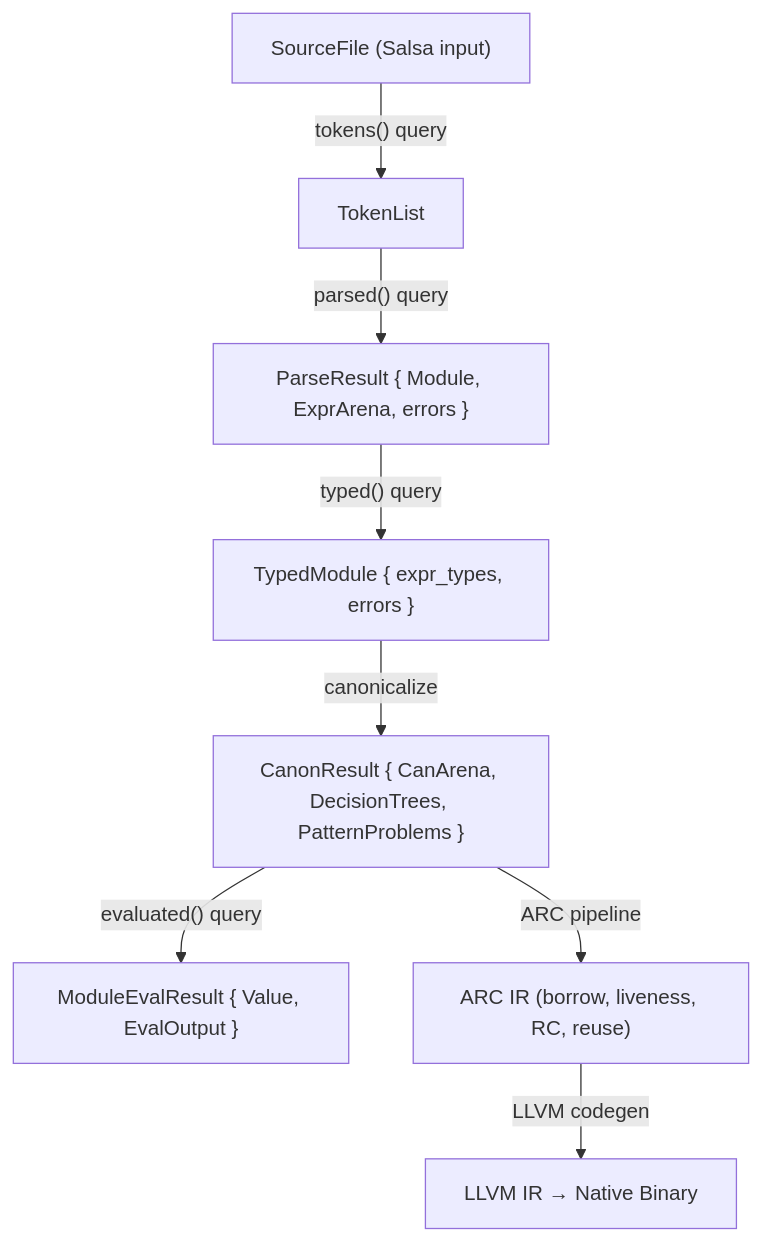
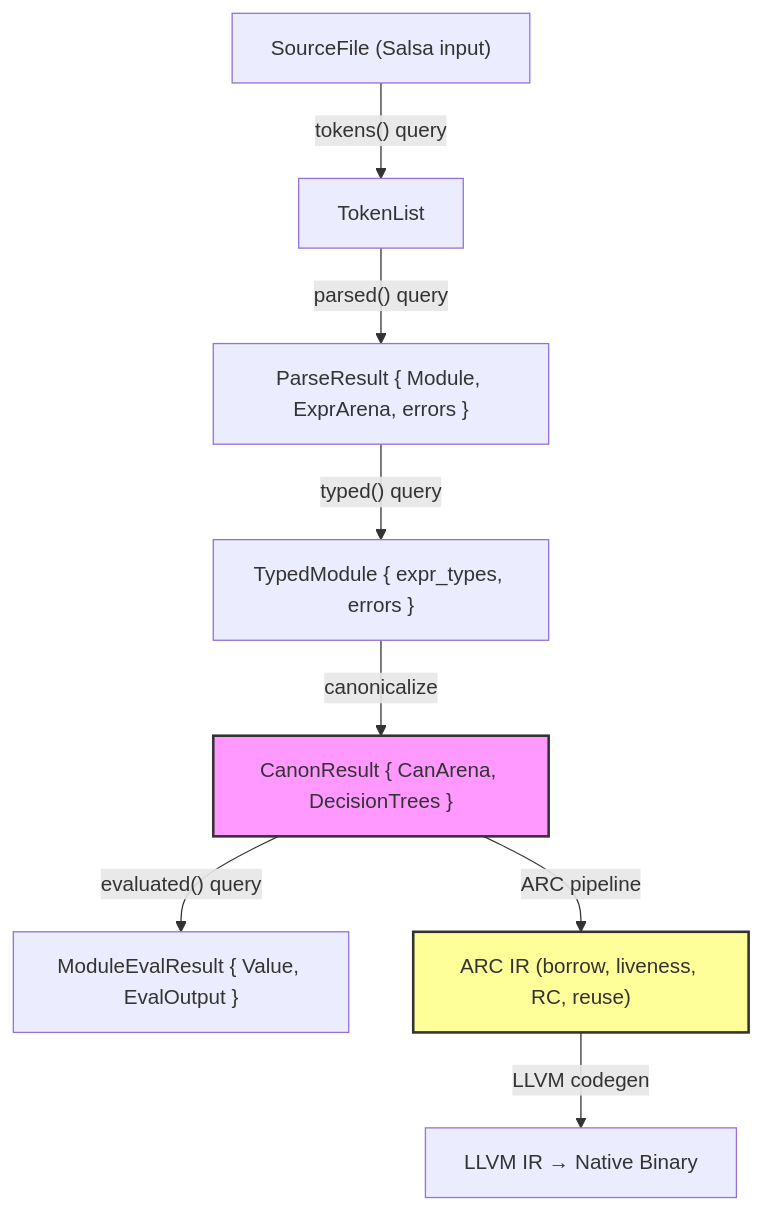
One commit to upstat-io/ori-lang changed the diagram in docs/compiler/design/index.md. Above: the diagram before and after it, drawn with Mermaid. The commit also changed other lines of this file and 88 other files, not shown here.

````diff
--- a/docs/compiler/design/index.md
+++ b/docs/compiler/design/index.md
@@ -100,10 +105,13 @@
 ```mermaid
 flowchart TB
     A["SourceFile (Salsa input)"] -->|"tokens() query"| B["TokenList"]
     B -->|"parsed() query"| C["ParseResult { Module, ExprArena, errors }"]
     C -->|"typed() query"| D["TypedModule { expr_types, errors }"]
-    D -->|"canonicalize"| E2["CanonResult { CanArena, DecisionTrees, PatternProblems }"]
-    E2 -->|"evaluated() query"| E["ModuleEvalResult { Value, EvalOutput }"]
-    E2 -->|"ARC pipeline"| F1["ARC IR (borrow, liveness, RC, reuse)"]
-    F1 -->|"LLVM codegen"| F["LLVM IR → Native Binary"]
+    D -->|"canonicalize"| E["CanonResult { CanArena, DecisionTrees }"]
+    E -->|"evaluated() query"| F["ModuleEvalResult { Value, EvalOutput }"]
+    E -->|"ARC pipeline"| G["ARC IR (borrow, liveness, RC, reuse)"]
+    G -->|"LLVM codegen"| H["LLVM IR → Native Binary"]
+
+    style E fill:#f9f,stroke:#333,stroke-width:2px
+    style G fill:#ff9,stroke:#333,stroke-width:2px
 ```
````
